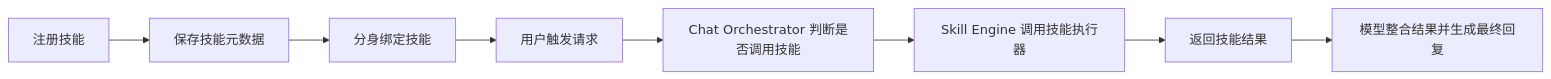
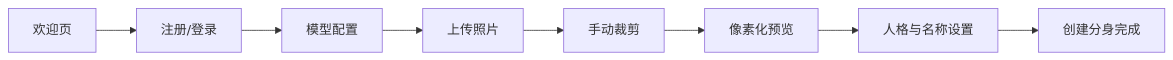
The second of 3 diagrams in Design/Phase2_进阶版_设计文档.md (Mingjiexiaojiu/MultiYou), drawn with Mermaid before and after one commit. The commit also changed other lines of this file and 16 other files, not shown here.

````diff
--- a/Design/Phase2_进阶版_设计文档.md
+++ b/Design/Phase2_进阶版_设计文档.md
@@ -196,10 +94,10 @@
 ```mermaid
 flowchart LR
-    A[注册技能] --> B[保存技能元数据]
-    B --> C[分身绑定技能]
-    C --> D[用户触发请求]
-    D --> E[Chat Orchestrator 判断是否调用技能]
-    E --> F[Skill Engine 调用技能执行器]
-    F --> G[返回技能结果]
-    G --> H[模型整合结果并生成最终回复]
+    A[欢迎页] --> B[注册/登录]
+    B --> C[模型配置]
+    C --> D[上传照片]
+    D --> E[手动裁剪]
+    E --> F[像素化预览]
+    F --> G[人格与名称设置]
+    G --> H[创建分身完成]
 ```
````
